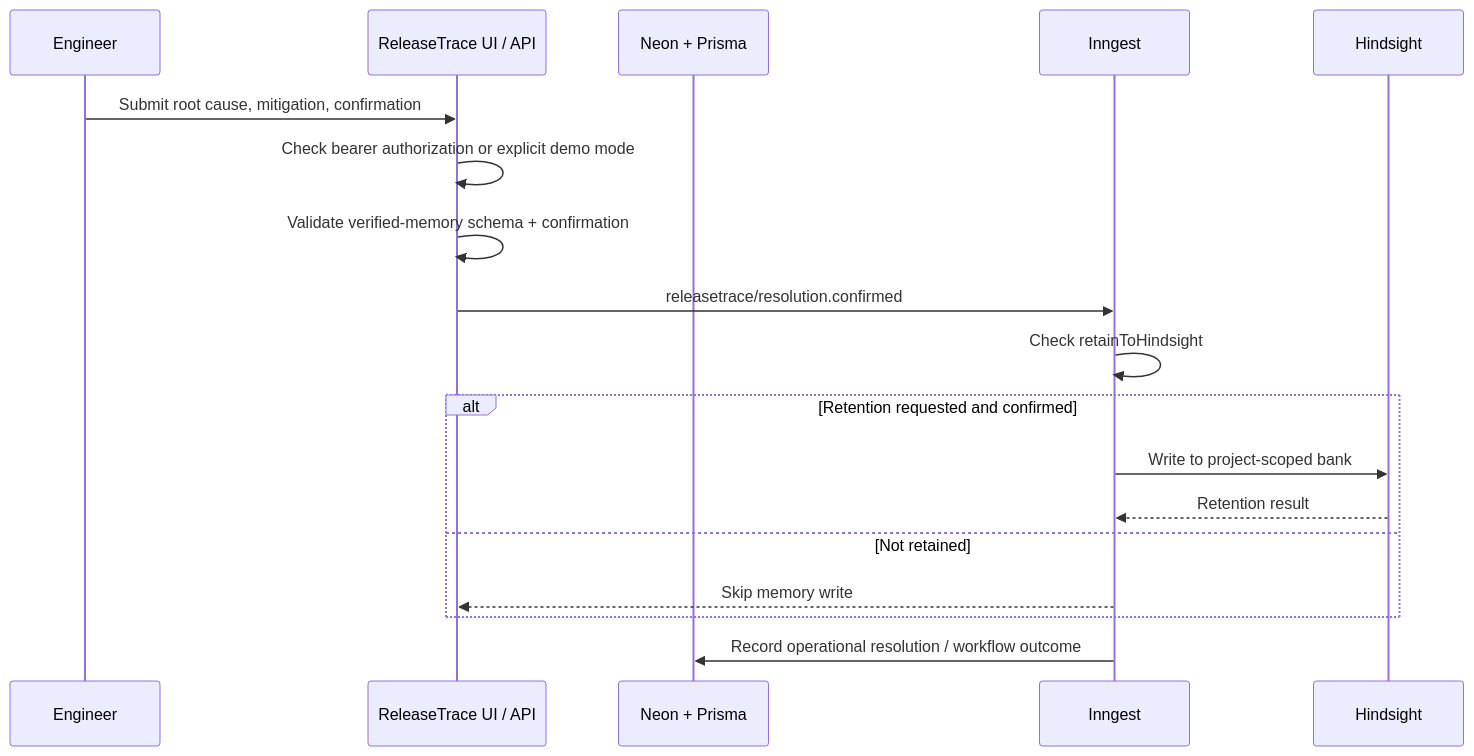
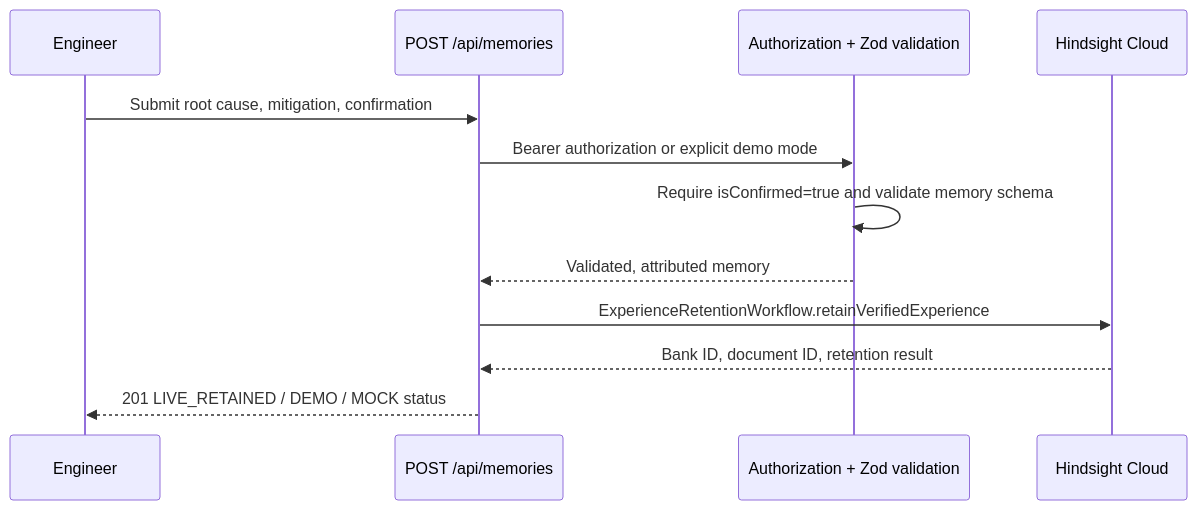
One commit to amrit-verse/ReleaseTrace changed the third of 3 diagrams in docs/architecture/ARCHITECTURE.md. Above: the diagram before and after it, drawn with Mermaid. The commit also changed other lines of this file and 1 other file, not shown here.

Commit message:
fix(sandbox): send validated assessment payload and document real memory flow

````diff
--- a/docs/architecture/ARCHITECTURE.md
+++ b/docs/architecture/ARCHITECTURE.md
@@ -168,21 +169,15 @@
 ```mermaid
 sequenceDiagram
   participant Engineer
-  participant UI as ReleaseTrace UI / API
-  participant DB as Neon + Prisma
-  participant Job as Inngest
-  participant H as Hindsight
+  participant API as POST /api/memories
+  participant Gate as Authorization + Zod validation
+  participant H as Hindsight Cloud
 
-  Engineer->>UI: Submit root cause, mitigation, confirmation
-  UI->>UI: Check bearer authorization or explicit demo mode
-  UI->>UI: Validate verified-memory schema + confirmation
-  UI->>Job: releasetrace/resolution.confirmed
-  Job->>Job: Check retainToHindsight
-  alt Retention requested and confirmed
-    Job->>H: Write to project-scoped bank
-    H-->>Job: Retention result
-  else Not retained
-    Job-->>UI: Skip memory write
-  end
-  Job->>DB: Record operational resolution / workflow outcome
+  Engineer->>API: Submit root cause, mitigation, confirmation
+  API->>Gate: Bearer authorization or explicit demo mode
+  Gate->>Gate: Require isConfirmed=true and validate memory schema
+  Gate-->>API: Validated, attributed memory
+  API->>H: ExperienceRetentionWorkflow.retainVerifiedExperience
+  H-->>API: Bank ID, document ID, retention result
+  API-->>Engineer: 201 LIVE_RETAINED / DEMO / MOCK status
 ```
````
